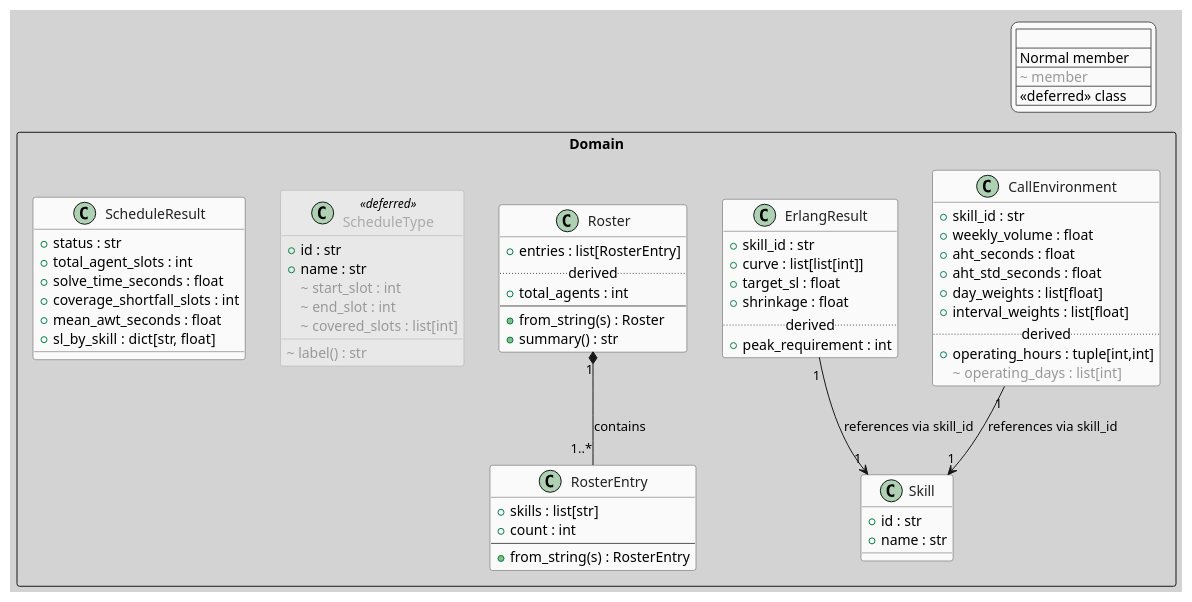
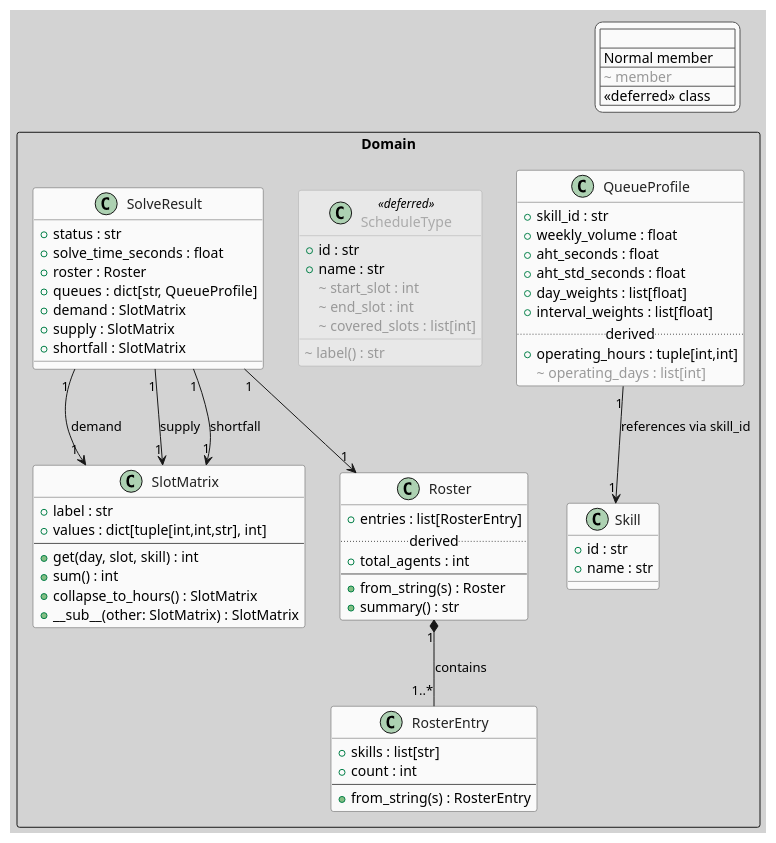
Before and after one commit to neon-tetra/schedule-architect: the diagram in docs/uml/domain_classes.puml, drawn with PlantUML. The commit also changed 19 other files, not shown here.

Commit message:
Refactor domain to QueueProfile/SlotMatrix and wire solve result presenter

```diff
--- a/docs/uml/domain_classes.puml
+++ b/docs/uml/domain_classes.puml
@@ -1,105 +1,101 @@
 @startuml domain_entities
 
 skinparam backgroundColor #D3D3D3
 skinparam defaultFontName Segoe UI
 
 skinparam class {
     BackgroundColor #FAFAFA
     BorderColor #555555
     FontColor #222222
     BackgroundColor<<deferred>> #E8E8E8
     BorderColor<<deferred>> #AAAAAA
     FontColor<<deferred>> #AAAAAA
     BorderStyle<<deferred>> dashed
 }
 
 skinparam legend {
     BackgroundColor #FAFAFA
     BorderColor #555555
 }
 
-' ─────────────────────────────────────────
-' LEGEND
-' ─────────────────────────────────────────
 legend top right
   <#FAFAFA,#555555>|                         |
   | Normal member      | Implemented          |
   | <color:#999999>~ member</color>  | Deferred / future    |
   | <<deferred>> class | Placeholder only     |
 endlegend
 
-' ─────────────────────────────────────────
-' PACKAGE: Domain
-' ─────────────────────────────────────────
 package "Domain" <<Rectangle>> {
 
     class Skill {
         + id : str
         + name : str
     }
 
-    class CallEnvironment {
+    class QueueProfile {
         + skill_id : str
         + weekly_volume : float
         + aht_seconds : float
         + aht_std_seconds : float
         + day_weights : list[float]
         + interval_weights : list[float]
         ..derived..
         + operating_hours : tuple[int,int]
         <color:#999999>~ operating_days : list[int]</color>
     }
 
-    class ErlangResult {
-        + skill_id : str
-        + curve : list[list[int]]
-        + target_sl : float
-        + shrinkage : float
-        ..derived..
-        + peak_requirement : int
+    class SlotMatrix {
+        + label : str
+        + values : dict[tuple[int,int,str], int]
+        --
+        + get(day, slot, skill) : int
+        + sum() : int
+        + collapse_to_hours() : SlotMatrix
+        + __sub__(other: SlotMatrix) : SlotMatrix
     }
 
     class RosterEntry {
         + skills : list[str]
         + count : int
         --
         + from_string(s) : RosterEntry
     }
 
     class Roster {
         + entries : list[RosterEntry]
         ..derived..
         + total_agents : int
         --
         + from_string(s) : Roster
         + summary() : str
     }
 
     class ScheduleType <<deferred>> {
         + id : str
         + name : str
         <color:#999999>~ start_slot : int</color>
         <color:#999999>~ end_slot : int</color>
         <color:#999999>~ covered_slots : list[int]</color>
         <color:#999999>~ label() : str</color>
     }
 
-    class ScheduleResult {
+    class SolveResult {
         + status : str
-        + total_agent_slots : int
         + solve_time_seconds : float
-        + coverage_shortfall_slots : int
-        + mean_awt_seconds : float
-        + sl_by_skill : dict[str, float]
+        + roster : Roster
+        + queues : dict[str, QueueProfile]
+        + demand : SlotMatrix
+        + supply : SlotMatrix
+        + shortfall : SlotMatrix
     }
 
 }
 
-' ─────────────────────────────────────────
-' RELATIONSHIPS
-' ─────────────────────────────────────────
 Roster "1" *-- "1..*" RosterEntry : contains
-CallEnvironment "1" --> "1" Skill : references via skill_id
-ErlangResult "1" --> "1" Skill : references via skill_id
+QueueProfile "1" --> "1" Skill : references via skill_id
+SolveResult "1" --> "1" Roster
+SolveResult "1" --> "1" SlotMatrix : demand
+SolveResult "1" --> "1" SlotMatrix : supply
+SolveResult "1" --> "1" SlotMatrix : shortfall
 
 @enduml
```
